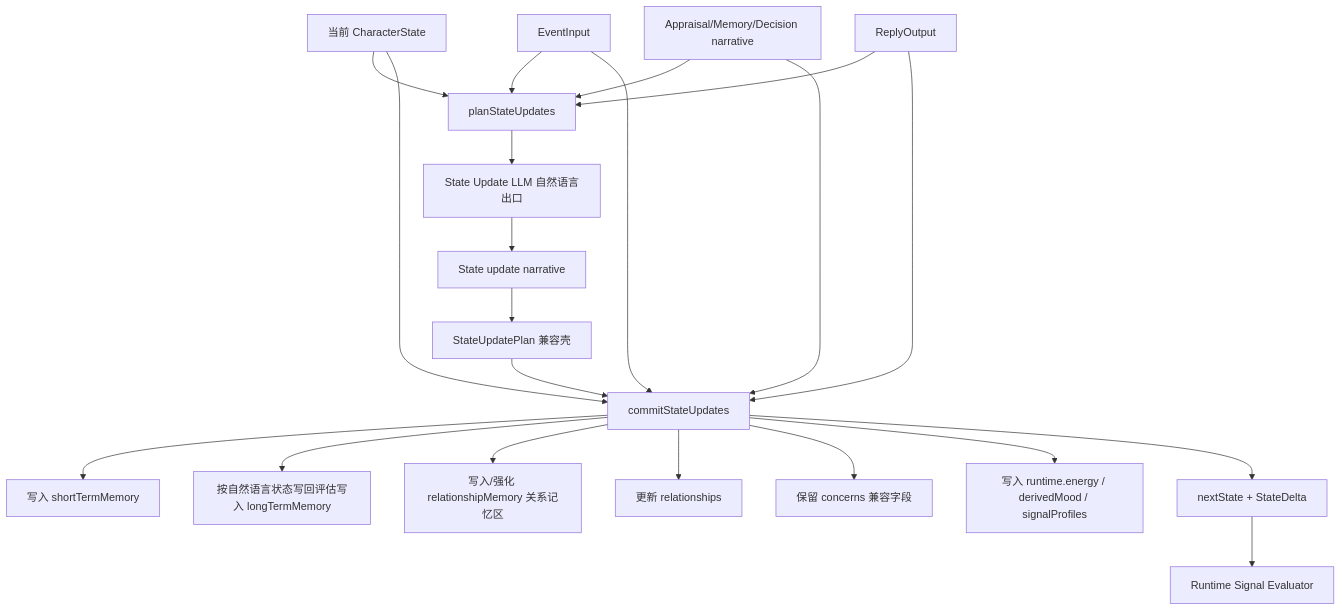
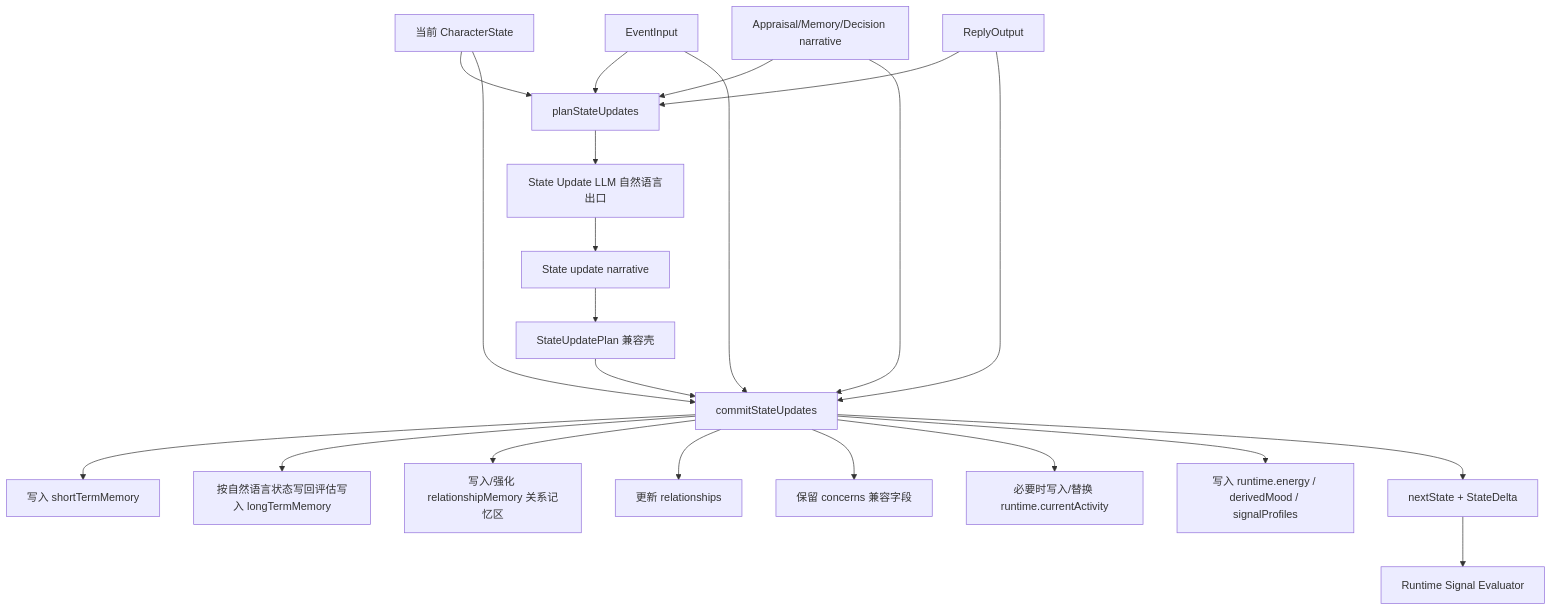
Diagram 22 of 32 in docs/SYSTEM_FLOW.md (ttmanthatman/virtual-human-flow), drawn with Mermaid before and after one commit. The commit also changed other lines of this file and 11 other files, not shown here.

Commit message:
fix: reconcile current activity from dialogue

````diff
--- a/docs/SYSTEM_FLOW.md
+++ b/docs/SYSTEM_FLOW.md
@@ -548,23 +548,24 @@
 ```mermaid
 flowchart TD
     S["当前 CharacterState"] --> PLAN["planStateUpdates"]
     E["EventInput"] --> PLAN
     R["ReplyOutput"] --> PLAN
     C["Appraisal/Memory/Decision narrative"] --> PLAN
     PLAN --> CLIENT["State Update LLM 自然语言出口"]
     CLIENT --> RAW["State update narrative"]
     RAW --> PLAN2["StateUpdatePlan 兼容壳"]
     PLAN2 --> COMMIT["commitStateUpdates"]
     C --> COMMIT
     S --> COMMIT
     E --> COMMIT
     R --> COMMIT
     COMMIT --> STM["写入 shortTermMemory"]
     COMMIT --> LTM["按自然语言状态写回评估写入 longTermMemory"]
     COMMIT --> RMEM["写入/强化 relationshipMemory 关系记忆区"]
     COMMIT --> REL["更新 relationships"]
     COMMIT --> CONCERN["保留 concerns 兼容字段"]
+    COMMIT --> ACTIVITY["必要时写入/替换 runtime.currentActivity"]
     COMMIT --> RUNTIME["写入 runtime.energy / derivedMood / signalProfiles"]
     COMMIT --> NEXT["nextState + StateDelta"]
     NEXT --> SIGNAL["Runtime Signal Evaluator"]
 ```
````
